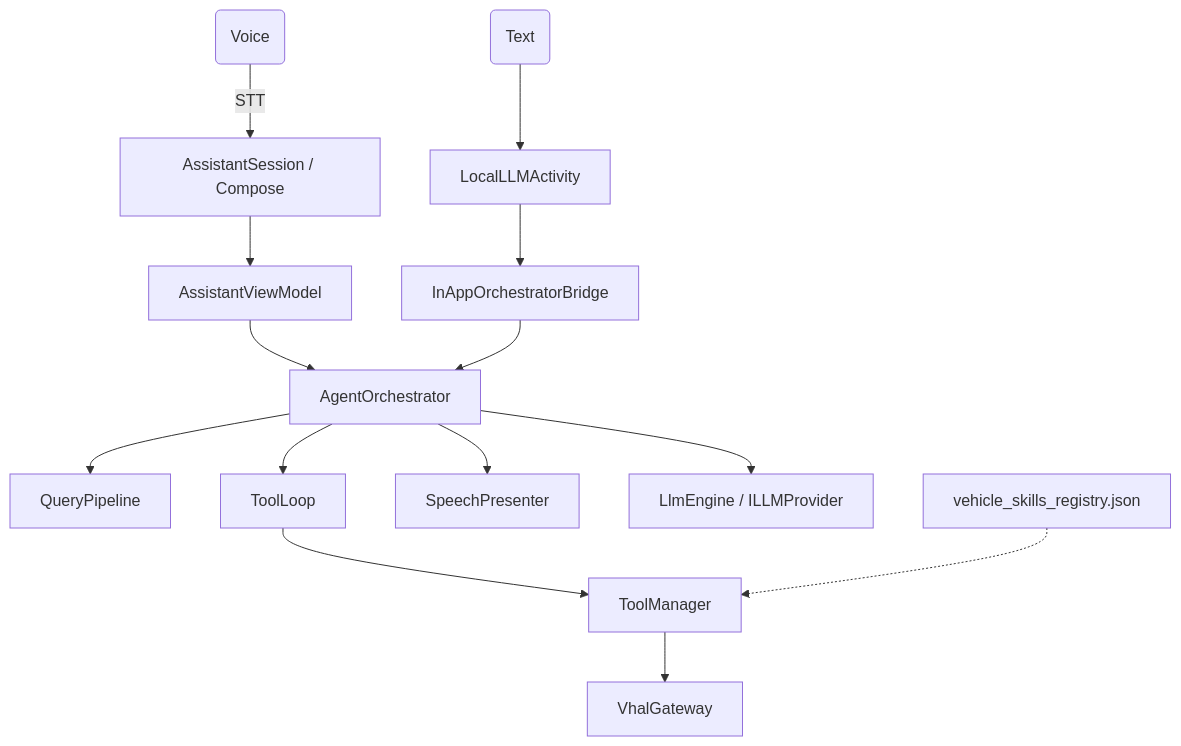
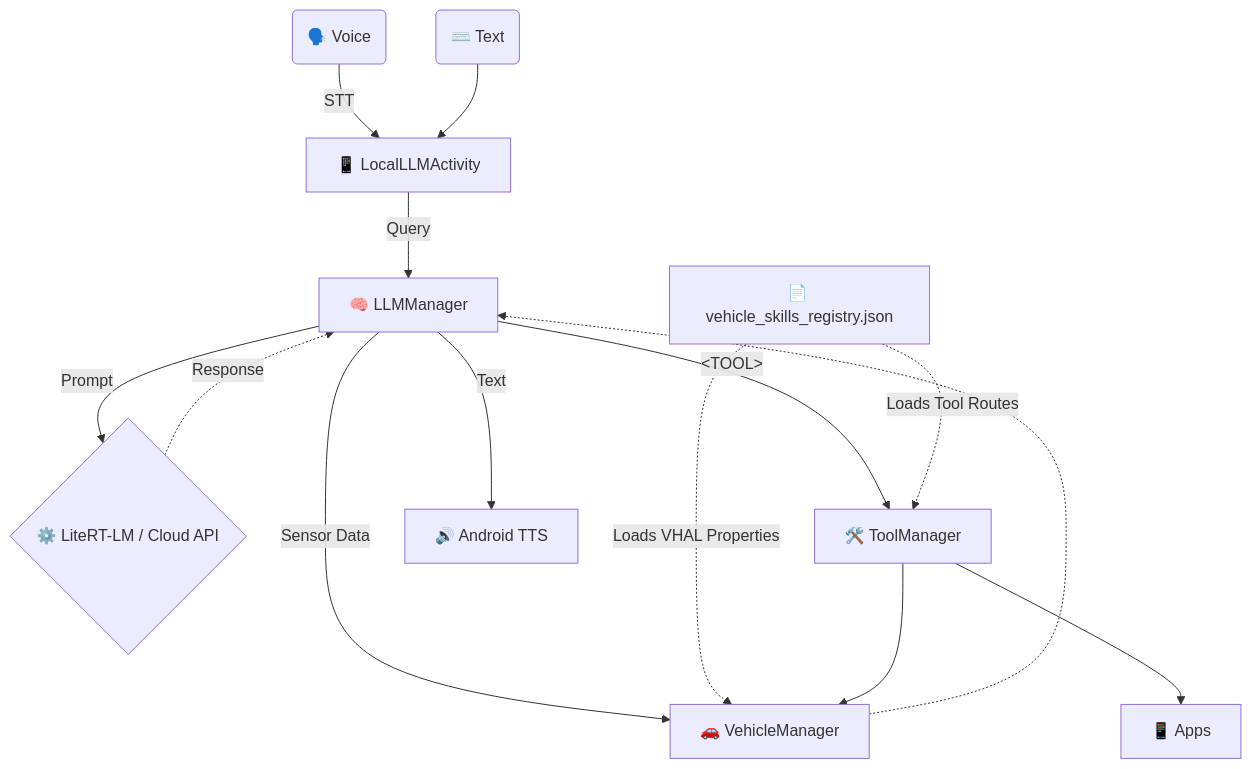
Before and after one commit to hemangpandhi/ai-assistant: the diagram in README.md, drawn with Mermaid. The commit also changed other lines of this file and 17 other files, not shown here.

````diff
--- a/README.md
+++ b/README.md
@@ -27,16 +28,18 @@
 ```mermaid
 graph TD
-    UserVoice(Voice) --> |STT| Sess[AssistantSession / Compose]
-    UserText(Text) --> Act[LocalLLMActivity]
-    Sess --> VM[AssistantViewModel]
-    Act --> Bridge[InAppOrchestratorBridge]
-    VM --> Orch[AgentOrchestrator]
-    Bridge --> Orch
-    Orch --> QP[QueryPipeline]
-    Orch --> TL[ToolLoop]
-    Orch --> SP[SpeechPresenter]
-    Orch --> Edge[LlmEngine / ILLMProvider]
-    TL --> TM[ToolManager]
-    TM --> VHAL[VhalGateway]
-    JSON[vehicle_skills_registry.json] -.-> TM
+    UserVoice(🗣️ Voice) --> |STT| UI[📱 LocalLLMActivity]
+    UserText(⌨️ Text) --> UI
+    UI --> |Query| SM[🧠 LLMManager]
+    SM --> |Sensor Data| VM[🚗 VehicleManager]
+    VM -.-> SM
+    SM --> |Prompt| Engine{⚙️ LiteRT-LM / Cloud API}
+    Engine -.-> |Response| SM
+    SM --> |&lt;TOOL&gt;| TM[🛠️ ToolManager]
+    SM --> |Text| TTS[🔊 Android TTS]
+    
+    JSON[📄 vehicle_skills_registry.json] -.-> |Loads Tool Routes| TM
+    JSON -.-> |Loads VHAL Properties| VM
+
+    TM --> VM
+    TM --> Intents[📱 Apps]
 ```
````
